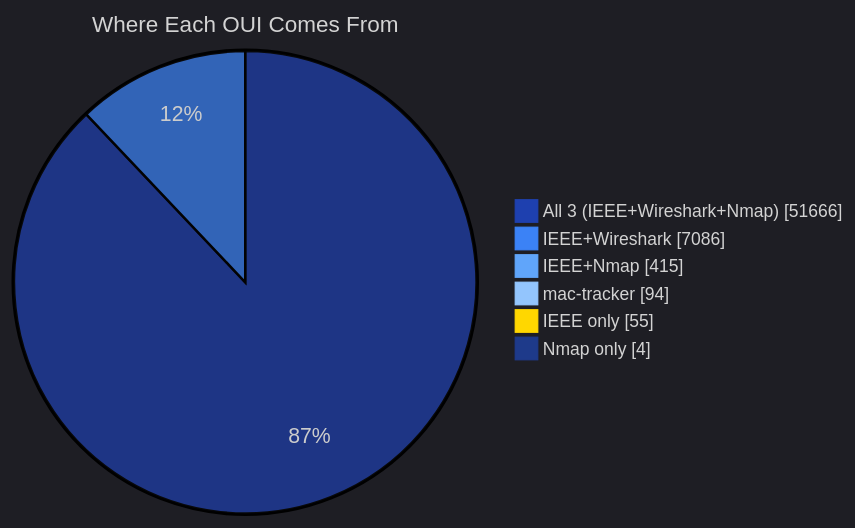
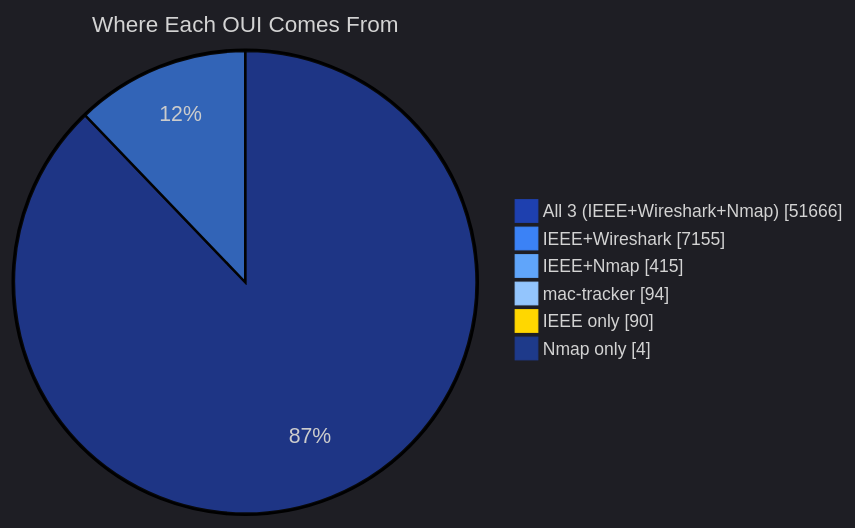
Before and after one commit to zqf20096327/dbhub_collect: the second of 5 diagrams in data/readmes/Ringmast4r__OUI-Master-Database.md, drawn with Mermaid. The commit also changed other lines of this file and 740 other files, not shown here.

````diff
--- a/data/readmes/Ringmast4r__OUI-Master-Database.md
+++ b/data/readmes/Ringmast4r__OUI-Master-Database.md
@@ -97,11 +97,11 @@
 ```mermaid
 %%{init: {'theme':'dark', 'themeVariables': {'pie1':'#1E40AF','pie2':'#3B82F6','pie3':'#60A5FA','pie4':'#93C5FD','pie5':'#FFD700','pie6':'#1E3A8A','pieTitleTextSize':'18px','pieLegendTextSize':'14px'}}}%%
 pie showData
     title Where Each OUI Comes From
     "All 3 (IEEE+Wireshark+Nmap)" : 51666
-    "IEEE+Wireshark" : 7086
+    "IEEE+Wireshark" : 7155
     "IEEE+Nmap" : 415
     "mac-tracker" : 94
-    "IEEE only" : 55
+    "IEEE only" : 90
     "Nmap only" : 4
 ```
````
